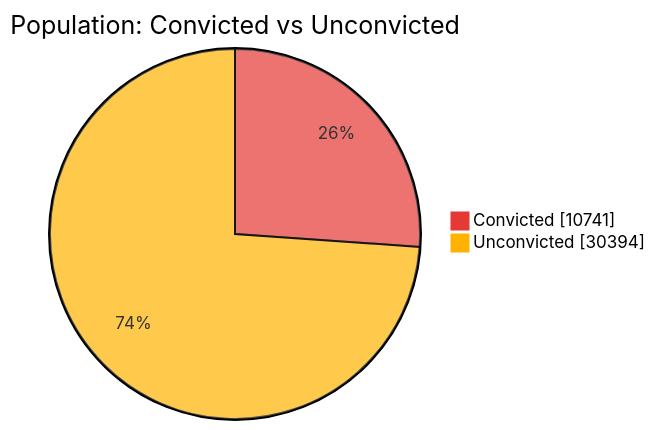
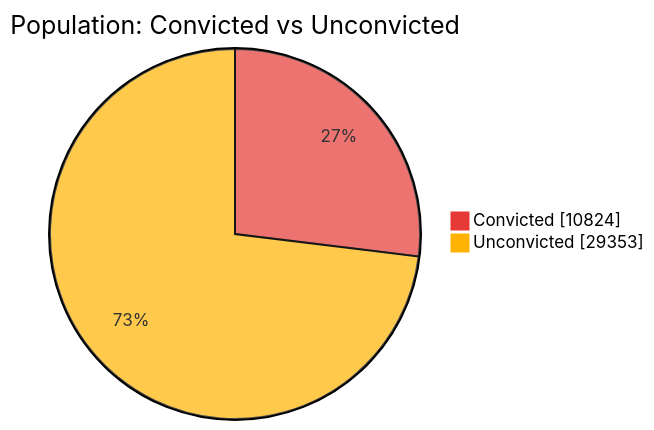
Before and after one commit to nuuuwan/lk_prisons: the first of 7 diagrams in README.md, drawn with Mermaid. The commit also changed other lines of this file and 1 other file, not shown here.

````diff
--- a/README.md
+++ b/README.md
@@ -43,6 +43,6 @@
 ```mermaid
 %%{init: {'themeVariables': {'pie1': '#E53935', 'pie2': '#FFB300'}}}%%
 pie showData title Population: Convicted vs Unconvicted
-    "Convicted" : 10741
-    "Unconvicted" : 30394
+    "Convicted" : 10824
+    "Unconvicted" : 29353
 ```
````
